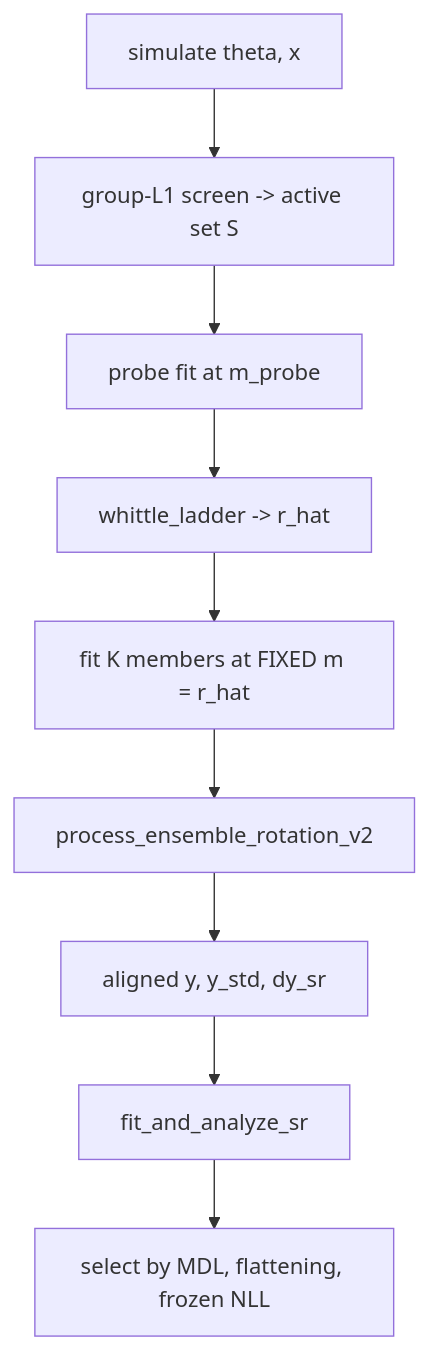
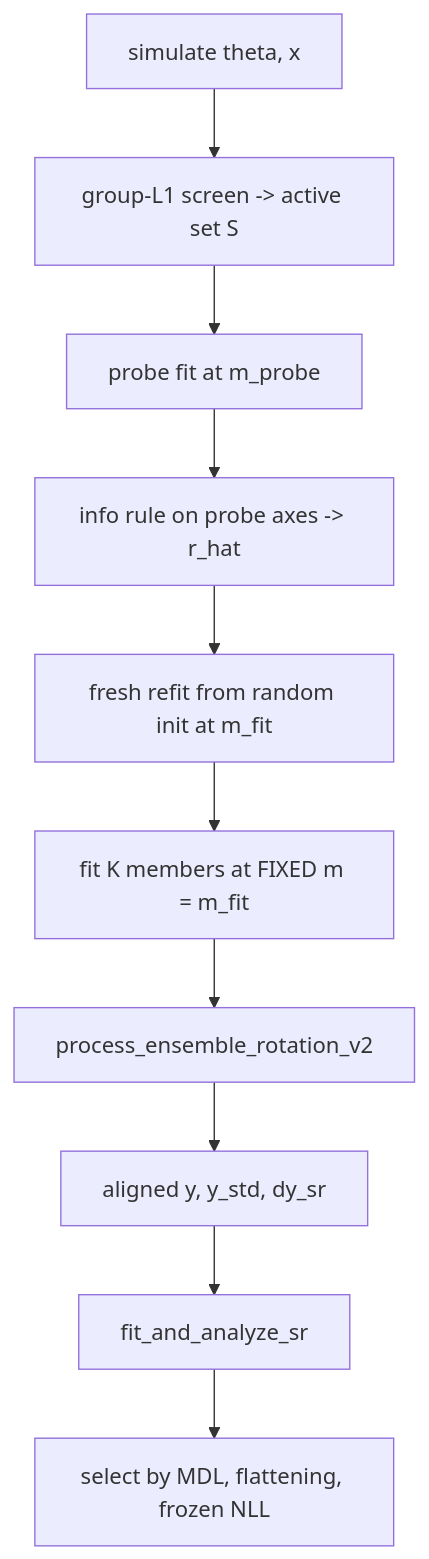
Before and after one commit to tlmakinen/degeneracy_distillery: the diagram in notes/oneshot_sweep_pipeline.md, drawn with Mermaid. The commit also changed other lines of this file and 6 other files, not shown here.

````diff
--- a/notes/oneshot_sweep_pipeline.md
+++ b/notes/oneshot_sweep_pipeline.md
@@ -11,11 +11,12 @@
 ```mermaid
 flowchart TD
     Sim["simulate theta, x"] --> Screen["group-L1 screen -> active set S"]
     Screen --> Probe["probe fit at m_probe"]
-    Probe --> Ladder["whittle_ladder -> r_hat"]
-    Ladder --> Members["fit K members at FIXED m = r_hat"]
+    Probe --> Ladder["info rule on probe axes -> r_hat"]
+    Ladder --> Refit["fresh refit from random init at m_fit"]
+    Refit --> Members["fit K members at FIXED m = m_fit"]
     Members --> Align["process_ensemble_rotation_v2"]
     Align --> SRin["aligned y, y_std, dy_sr"]
     SRin --> Operon["fit_and_analyze_sr"]
     Operon --> Pick["select by MDL, flattening, frozen NLL"]
 ```
````
